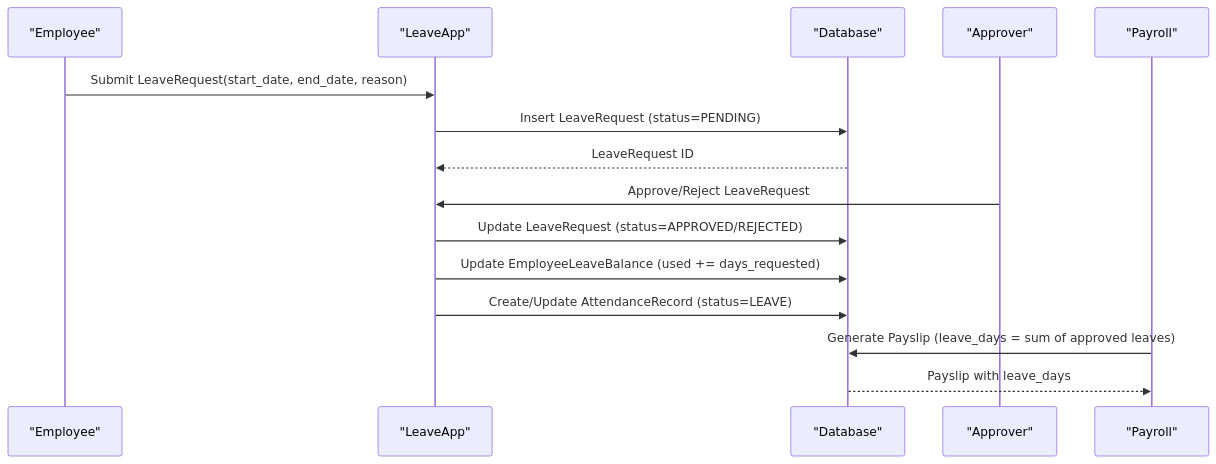
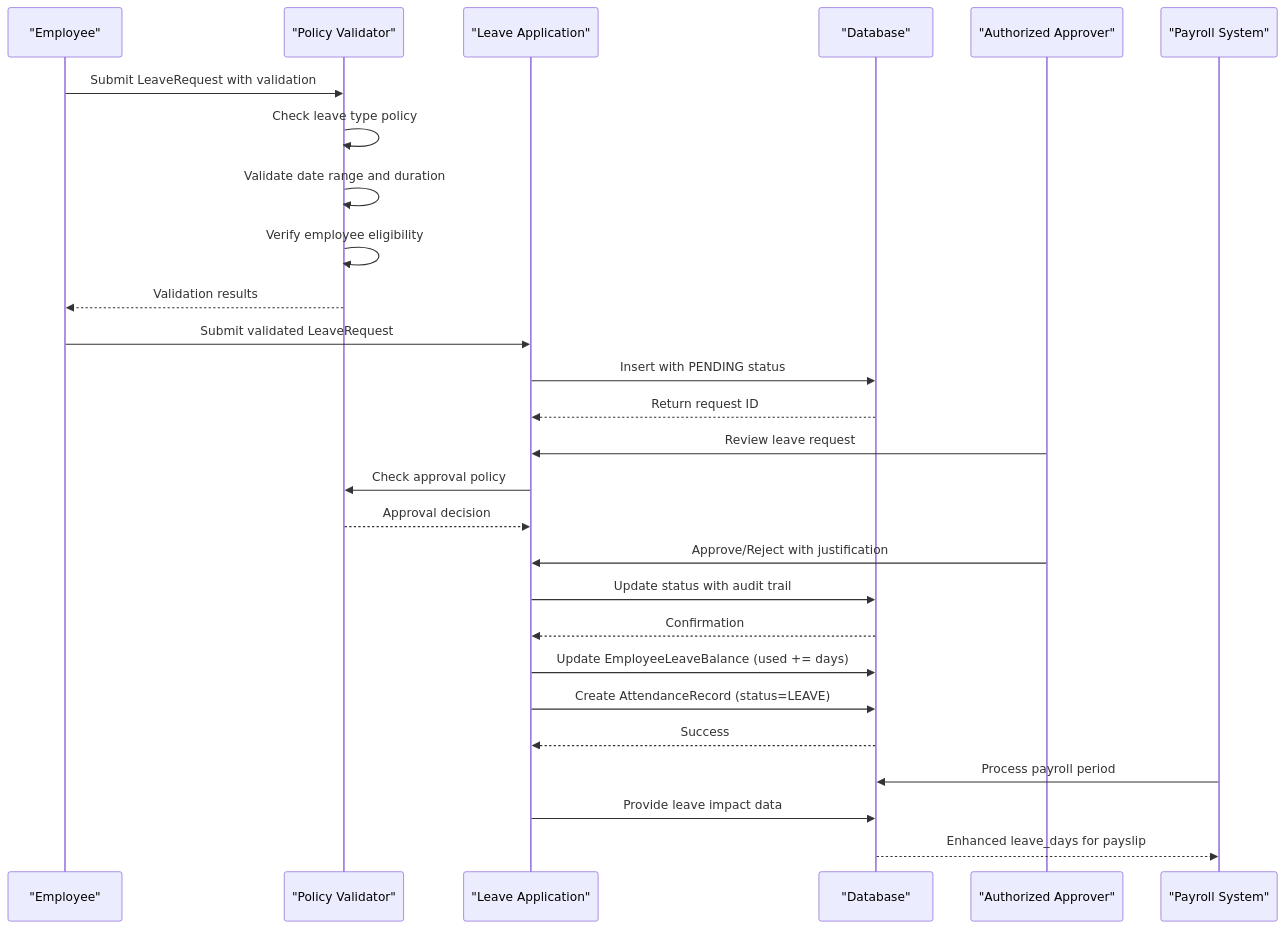
The fourth of 7 diagrams in .qoder/repowiki/en/content/Leave Management.md (bikinaplikasipakeqoder-dot/payroll-hris), drawn with Mermaid before and after one commit. The commit also changed other lines of this file and 22 other files, not shown here.

Commit message:
feat: show monthly attendance summary per employee with detail modal

````diff
--- a/.qoder/repowiki/en/content/Leave Management.md
+++ b/.qoder/repowiki/en/content/Leave Management.md
@@ -316,17 +330,29 @@
 ```mermaid
 sequenceDiagram
 participant Emp as "Employee"
-participant App as "LeaveApp"
+participant Validator as "Policy Validator"
+participant App as "Leave Application"
 participant DB as "Database"
-participant HR as "Approver"
-participant Pay as "Payroll"
-Emp->>App : Submit LeaveRequest(start_date, end_date, reason)
-App->>DB : Insert LeaveRequest (status=PENDING)
-DB-->>App : LeaveRequest ID
-HR->>App : Approve/Reject LeaveRequest
-App->>DB : Update LeaveRequest (status=APPROVED/REJECTED)
-App->>DB : Update EmployeeLeaveBalance (used += days_requested)
-App->>DB : Create/Update AttendanceRecord (status=LEAVE)
-Pay->>DB : Generate Payslip (leave_days = sum of approved leaves)
-DB-->>Pay : Payslip with leave_days
+participant HR as "Authorized Approver"
+participant Pay as "Payroll System"
+Emp->>Validator : Submit LeaveRequest with validation
+Validator->>Validator : Check leave type policy
+Validator->>Validator : Validate date range and duration
+Validator->>Validator : Verify employee eligibility
+Validator-->>Emp : Validation results
+Emp->>App : Submit validated LeaveRequest
+App->>DB : Insert with PENDING status
+DB-->>App : Return request ID
+HR->>App : Review leave request
+App->>Validator : Check approval policy
+Validator-->>App : Approval decision
+HR->>App : Approve/Reject with justification
+App->>DB : Update status with audit trail
+DB-->>App : Confirmation
+App->>DB : Update EmployeeLeaveBalance (used += days)
+App->>DB : Create AttendanceRecord (status=LEAVE)
+DB-->>App : Success
+Pay->>DB : Process payroll period
+App->>DB : Provide leave impact data
+DB-->>Pay : Enhanced leave_days for payslip
 ```
````
